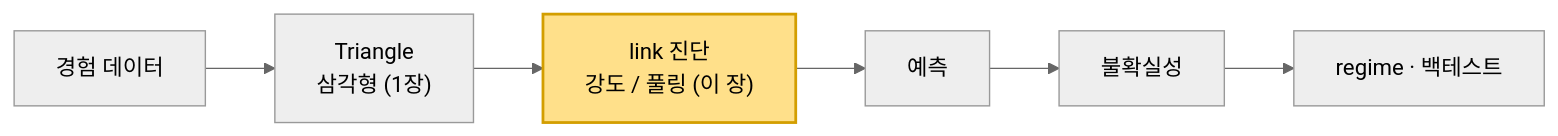
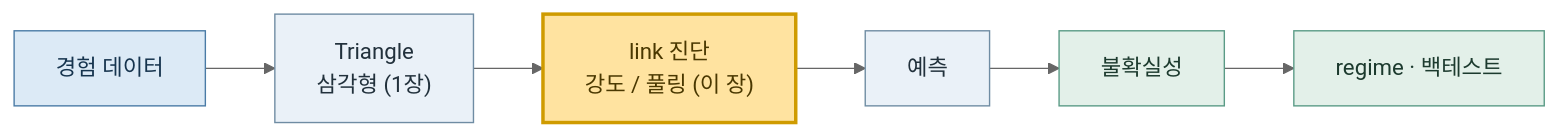
Before and after one commit to seokhoonj/lossratio: the diagram in docs/tutorial/03-intensity.md, drawn with Mermaid (neutral theme). The commit also changed 5 other files, not shown here.

First line of the commit message:
docs: high-contrast tutorial flow diagrams (semantic classDef colors) + api.rst mechanism note

````diff
--- a/docs/tutorial/03-intensity.md
+++ b/docs/tutorial/03-intensity.md
@@ -7,9 +7,16 @@
 ```{mermaid}
 flowchart LR
   A["경험 데이터"] --> B["Triangle<br/>삼각형 (1장)"]
   B --> C["link 진단<br/>강도 / 풀링 (이 장)"]
   C --> D["예측"]
   D --> E["불확실성"]
   E --> F["regime · 백테스트"]
-  style C fill:#ffe08a,stroke:#d39e00,stroke-width:2px
+  classDef data fill:#dceaf6,stroke:#4a7ba6,color:#16344e
+  classDef estimate fill:#eaf1f8,stroke:#6f8ca3,color:#22313c
+  classDef validate fill:#e3f0e9,stroke:#5a9b86,color:#1c3a2e
+  classDef current fill:#ffe3a0,stroke:#cf9b00,color:#4a3800,stroke-width:2.5px
+  class A data
+  class B,C,D estimate
+  class E,F validate
+  class C current
 ```
````
